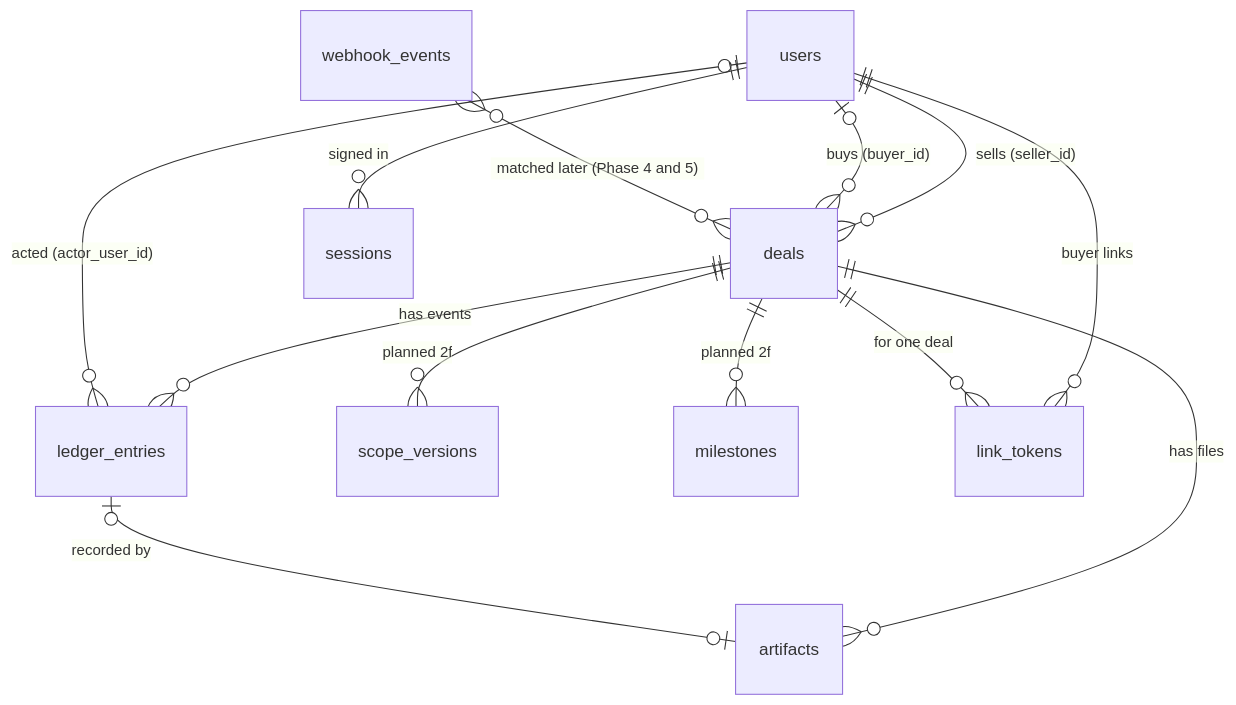
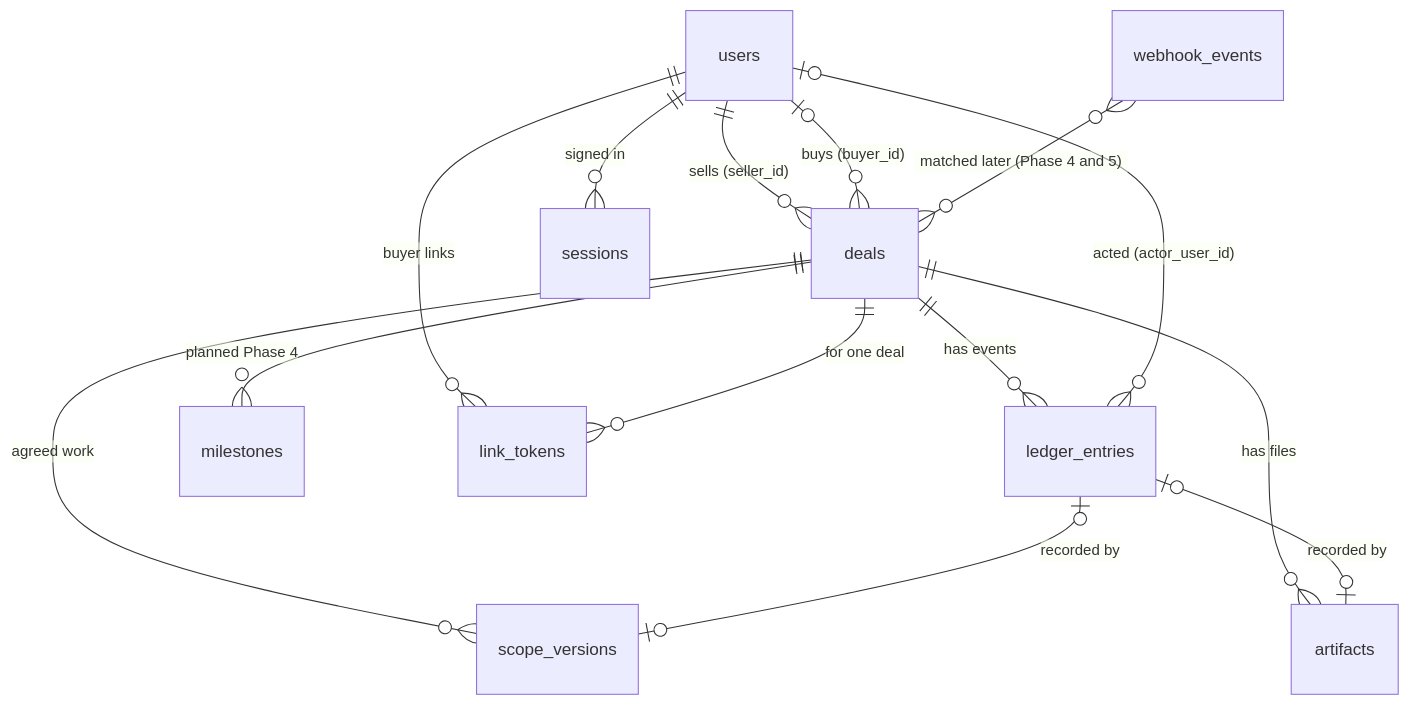
The diagram in docs/data-model.md (sushantpatil2899/pactpal), drawn with Mermaid before and after one commit. The commit also changed other lines of this file and 15 other files, not shown here.

First line of the commit message:
Add agreed work versions with payment stages

````diff
--- a/docs/data-model.md
+++ b/docs/data-model.md
@@ -5,15 +5,16 @@
 ```mermaid
 erDiagram
   users ||--o{ deals : "sells (seller_id)"
   users |o--o{ deals : "buys (buyer_id)"
   deals ||--o{ ledger_entries : "has events"
   users |o--o{ ledger_entries : "acted (actor_user_id)"
-  deals ||--o{ scope_versions : "planned 2f"
-  deals ||--o{ milestones : "planned 2f"
+  deals ||--o{ scope_versions : "agreed work"
+  ledger_entries |o--o| scope_versions : "recorded by"
+  deals ||--o{ milestones : "planned Phase 4"
   deals ||--o{ artifacts : "has files"
   ledger_entries |o--o| artifacts : "recorded by"
   webhook_events }o--o{ deals : "matched later (Phase 4 and 5)"
   users ||--o{ sessions : "signed in"
   users ||--o{ link_tokens : "buyer links"
   deals ||--o{ link_tokens : "for one deal"
 ```
````
